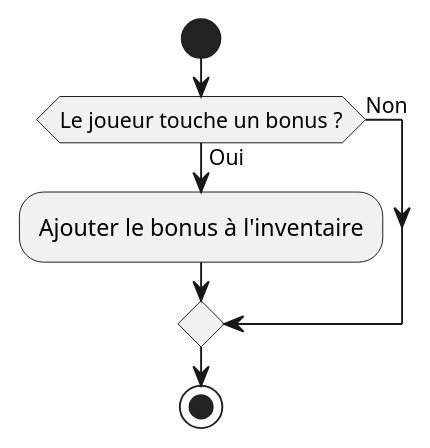
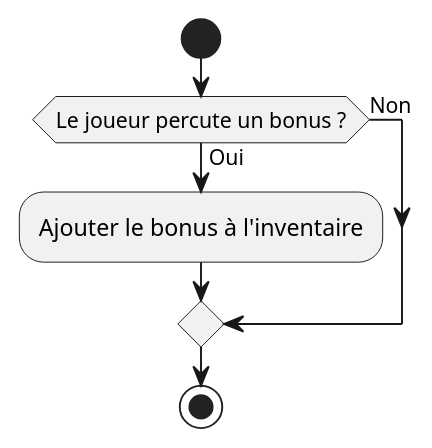
The diagram in Documentation/UML/activity-diagram/sub-bonus.puml (boudji-ludwig-pett/cnam-geometry-dash), drawn with PlantUML before and after one commit. The commit also changed 7 other files, not shown here.

Commit message:
docs: modify activity diagram

```diff
--- a/Documentation/UML/activity-diagram/sub-bonus.puml
+++ b/Documentation/UML/activity-diagram/sub-bonus.puml
@@ -1,10 +1,10 @@
 @startuml sub-bonus
 
 start
-if (Le joueur touche un bonus ?) then (Oui)
+if (Le joueur percute un bonus ?) then (Oui)
   :Ajouter le bonus à l'inventaire;
 else (Non)
 endif
 stop
 
 @enduml
```
